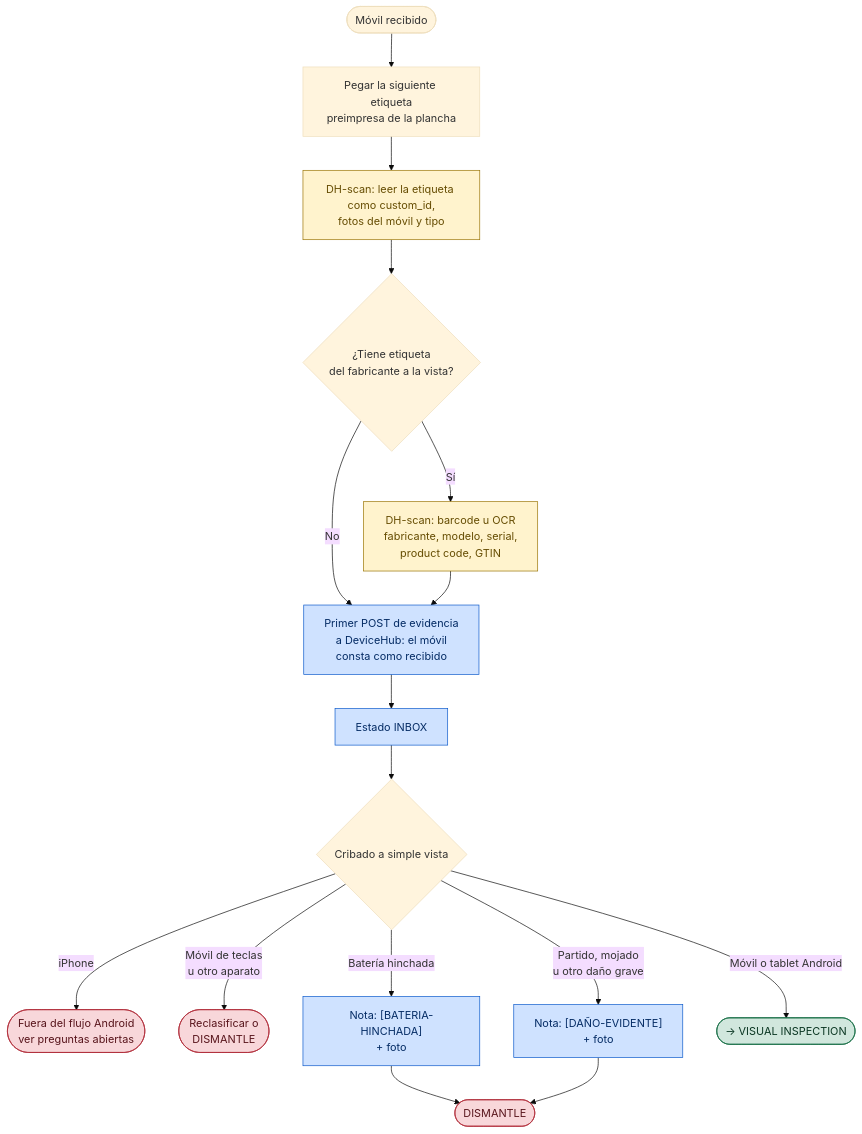
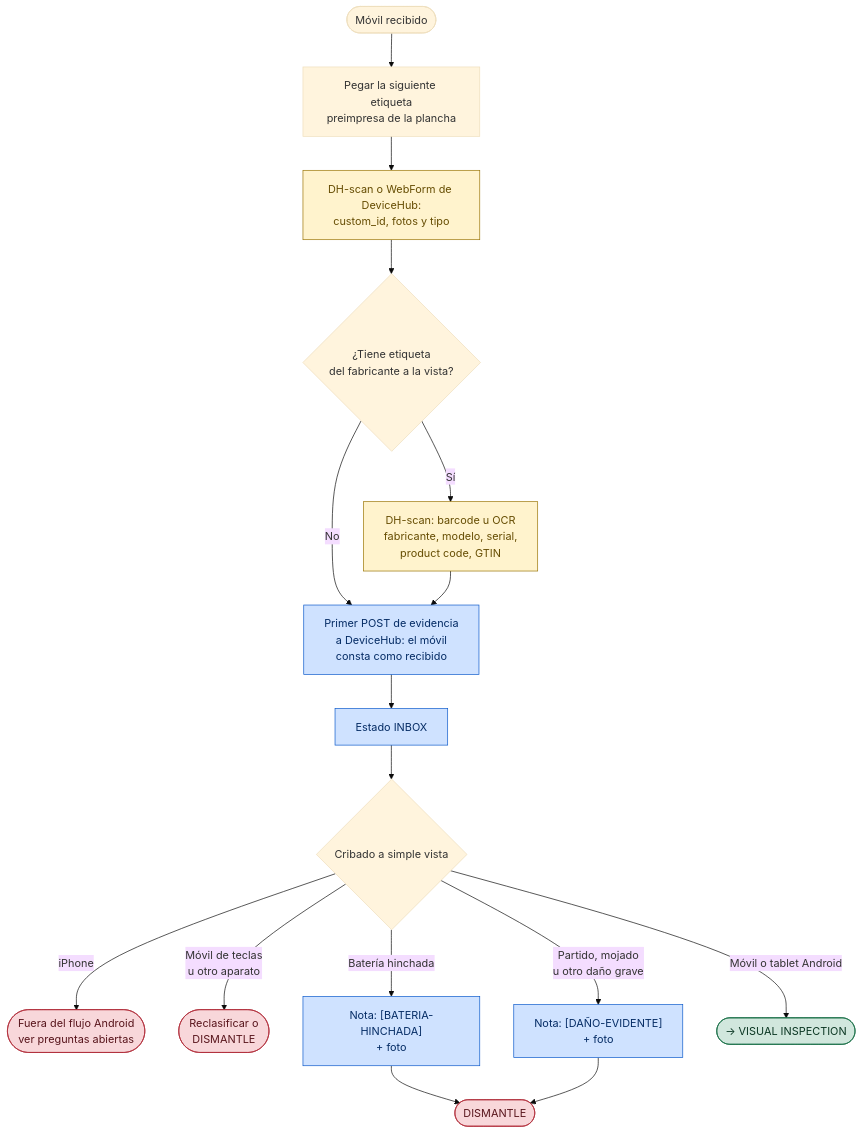
One commit to aucoop/vincle-digital-docs changed the second of 8 diagrams in docs/diagramas-detallados.md. Above: the diagram before and after it, drawn with Mermaid (base theme). The commit also changed other lines of this file and 7 other files, not shown here.

Commit message:
feat(app): link DeviceHub web form for intake photos

````diff
--- a/docs/diagramas-detallados.md
+++ b/docs/diagramas-detallados.md
@@ -86,26 +86,26 @@
 ```mermaid
 flowchart TD
     START(["Móvil recibido"]) --> PEGAR["Pegar la siguiente etiqueta<br/>preimpresa de la plancha"]
-    PEGAR --> SCAN["DH-scan: leer la etiqueta como custom_id,<br/>fotos del móvil y tipo"]:::checkpoint
+    PEGAR --> SCAN["DH-scan o WebForm de DeviceHub:<br/>custom_id, fotos y tipo"]:::checkpoint
     SCAN --> LBL{"¿Tiene etiqueta<br/>del fabricante a la vista?"}
     LBL -->|"Sí"| OCR["DH-scan: barcode u OCR<br/>fabricante, modelo, serial,<br/>product code, GTIN"]:::checkpoint
     LBL -->|"No"| POST
     OCR --> POST["Primer POST de evidencia<br/>a DeviceHub: el móvil<br/>consta como recibido"]:::dh
     POST --> ST_INBOX["Estado INBOX"]:::dh
 
     ST_INBOX --> CRIBA{"Cribado a simple vista"}
 
     CRIBA -->|"iPhone"| IPH(["Fuera del flujo Android<br/>ver preguntas abiertas"]):::reject
     CRIBA -->|"Móvil de teclas<br/>u otro aparato"| OTRO(["Reclasificar o<br/>DISMANTLE"]):::reject
     CRIBA -->|"Batería hinchada"| N_BAT["Nota: [BATERIA-HINCHADA]<br/>+ foto"]:::dh
     N_BAT --> DIS(["DISMANTLE"]):::reject
 
     CRIBA -->|"Partido, mojado<br/>u otro daño grave"| N_DEST["Nota: [DAÑO-EVIDENTE]<br/>+ foto"]:::dh
     N_DEST --> DIS
     CRIBA -->|"Móvil o tablet Android"| NEXT(["→ VISUAL INSPECTION"]):::ok
 
     classDef reject fill:#f8d7da,stroke:#b02a37,color:#58151c
     classDef ok fill:#d1e7dd,stroke:#146c43,color:#0a3622
     classDef checkpoint fill:#fff3cd,stroke:#997404,color:#664d03
     classDef dh fill:#cfe2ff,stroke:#0a58ca,color:#052c65
 ```
````
